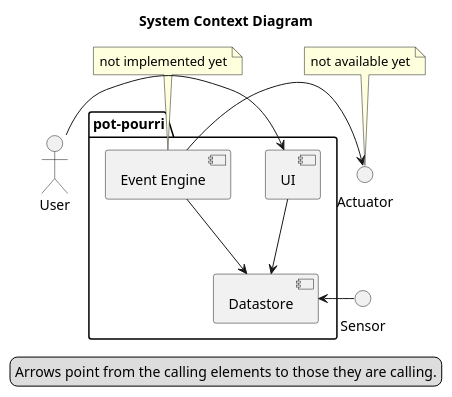
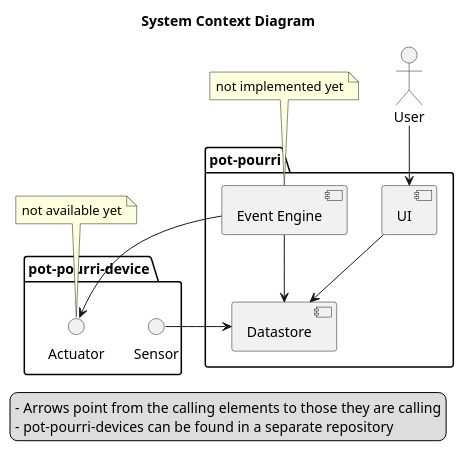
Before and after one commit to frederikheld/pot-pourri: the diagram in docs/system_context.plantuml, drawn with PlantUML.

Commit message:
Improves system context diagram

```diff
--- a/docs/system_context.plantuml
+++ b/docs/system_context.plantuml
@@ -1,38 +1,41 @@
 @startuml
 skinparam componentStyle uml2
 
 title System Context Diagram
 
 actor User
 
 package "pot-pourri" {
     [UI]
     [Event Engine]
     [Datastore]
 }
 
-() "Sensor"
-() "Actuator"
+package "pot-pourri-device" {
+    () "Sensor"
+    () "Actuator"
+}
 
-User -> [UI]
+User --> [UI]
 [UI] --> [Datastore]
 
 [Event Engine] --> [Datastore]
-[Event Engine] -> Actuator
+[Event Engine] --> Actuator
 
 Sensor -> [Datastore]
 
 note top of "Event Engine"
     not implemented yet
 endnote
 
 note top of Actuator
     not available yet
 endnote
 
 legend 
-    Arrows point from the calling elements to those they are calling.
+    - Arrows point from the calling elements to those they are calling
+    - pot-pourri-devices can be found in a separate repository
     'Devices have to call other participants in order to allow energy savings with deep-sleep mode.
     'Deep-sleep mode might not be relevant for Actuators since they will need a lot more energy and therefore an external power supply.
 endlegend
 @enduml
```
